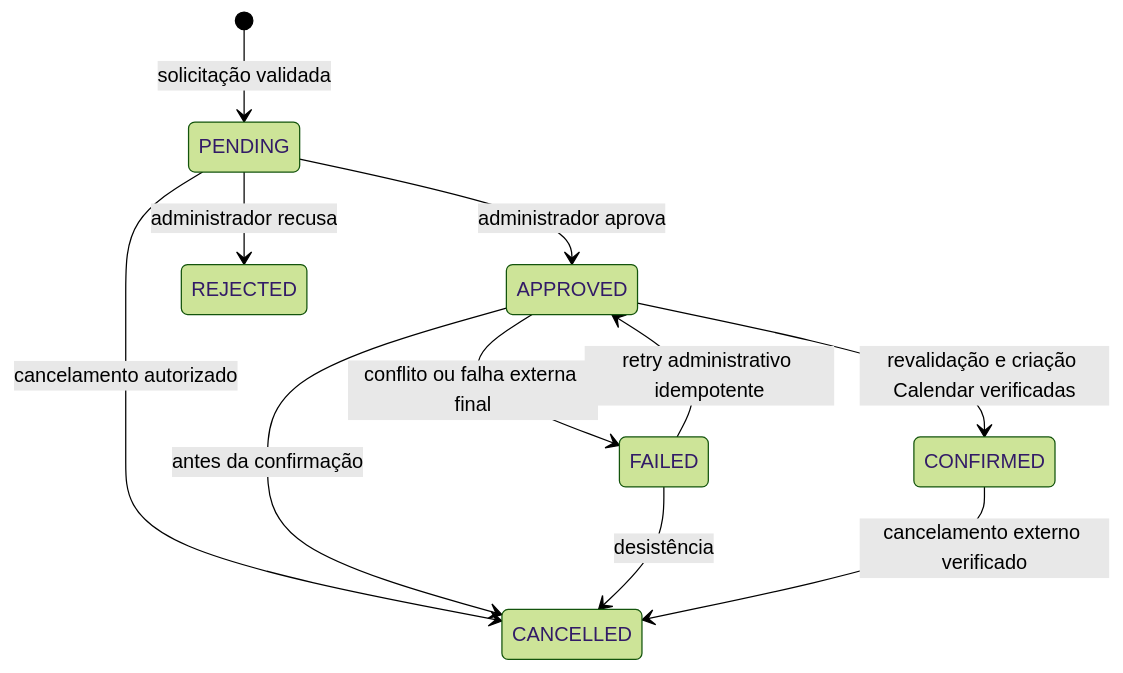
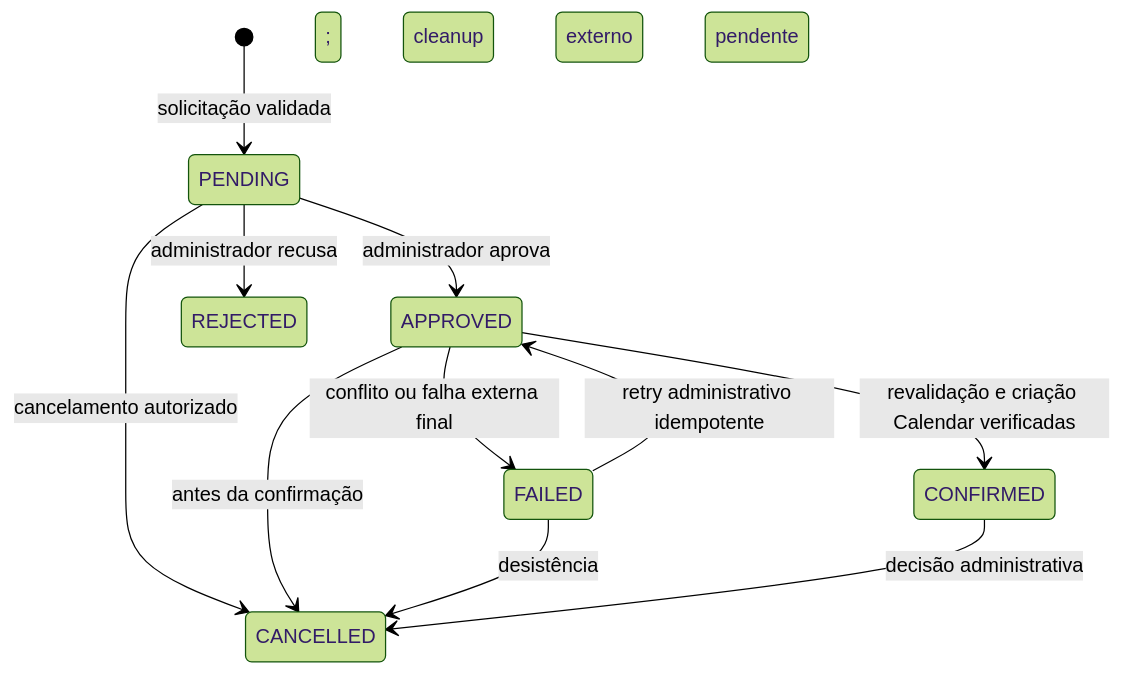
Before and after one commit to SladeSouzaSantos/phasscode-platform: the third of 3 diagrams in docs/architecture/diagrams.md, drawn with Mermaid (forest theme). The commit also changed other lines of this file and 149 other files, not shown here.

````diff
--- a/docs/architecture/diagrams.md
+++ b/docs/architecture/diagrams.md
@@ -44,13 +44,13 @@
 ```mermaid
 stateDiagram-v2
   [*] --> PENDING: solicitação validada
   PENDING --> APPROVED: administrador aprova
   PENDING --> REJECTED: administrador recusa
   PENDING --> CANCELLED: cancelamento autorizado
   APPROVED --> CONFIRMED: revalidação e criação Calendar verificadas
   APPROVED --> FAILED: conflito ou falha externa final
   APPROVED --> CANCELLED: antes da confirmação
   FAILED --> APPROVED: retry administrativo idempotente
   FAILED --> CANCELLED: desistência
-  CONFIRMED --> CANCELLED: cancelamento externo verificado
+  CONFIRMED --> CANCELLED: decisão administrativa; cleanup externo pendente
 ```
````
